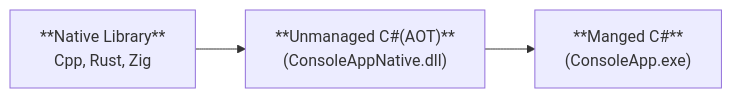
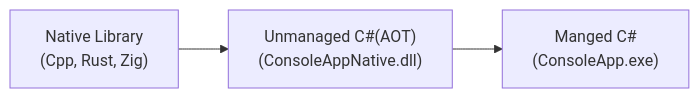
Before and after one commit to DebugJO/rustlang: the diagram in _posts/2026-04-11-1.md, drawn with Mermaid. The commit also changed other lines of this file, not shown here.

Commit message:
C#에서 C++, Rust, Zig 라이브러리 사용하기

````diff
--- a/_posts/2026-04-11-1.md
+++ b/_posts/2026-04-11-1.md
@@ -11,6 +11,6 @@
 ```mermaid
 graph LR
-A["**Native Library**<br/>Cpp, Rust, Zig"]
--->B["**Unmanaged C#(AOT)**<br/>(ConsoleAppNative.dll)"]
-B-->C["**Manged C#**<br/>(ConsoleApp.exe)"]
+A["Native Library<br/>(Cpp, Rust, Zig)"]
+-->B["Unmanaged C#(AOT)<br/>(ConsoleAppNative.dll)"]
+B-->C["Manged C#<br/>(ConsoleApp.exe)"]
 ```
````
